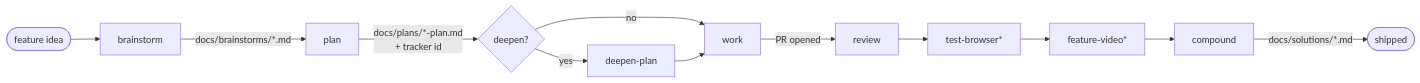
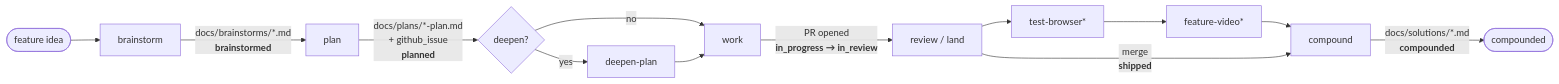
Before and after one commit to Life-With-Data/agentic-engineering: the first of 11 diagrams in plugins/agentic-engineering/FLOWS.md, drawn with Mermaid. The commit also changed other lines of this file and 51 other files, not shown here.

````diff
--- a/plugins/agentic-engineering/FLOWS.md
+++ b/plugins/agentic-engineering/FLOWS.md
@@ -25,14 +25,15 @@
 ```mermaid
 flowchart LR
     idea([feature idea]) --> B["brainstorm"]
-    B -->|"docs/brainstorms/*.md"| P["plan"]
-    P -->|"docs/plans/*-plan.md<br/>+ tracker id"| D{"deepen?"}
+    B -->|"docs/brainstorms/*.md<br/><b>brainstormed</b>"| P["plan"]
+    P -->|"docs/plans/*-plan.md<br/>+ github_issue<br/><b>planned</b>"| D{"deepen?"}
     D -->|yes| DP["deepen-plan"]
     D -->|no| W
     DP --> W["work"]
-    W -->|"PR opened"| R["review"]
+    W -->|"PR opened<br/><b>in_progress → in_review</b>"| R["review / land"]
     R --> TB["test-browser*"]
     TB --> FV["feature-video*"]
     FV --> C["compound"]
-    C -->|"docs/solutions/*.md"| done([shipped])
+    R -->|"merge<br/><b>shipped</b>"| C
+    C -->|"docs/solutions/*.md<br/><b>compounded</b>"| done([compounded])
 ```
````
